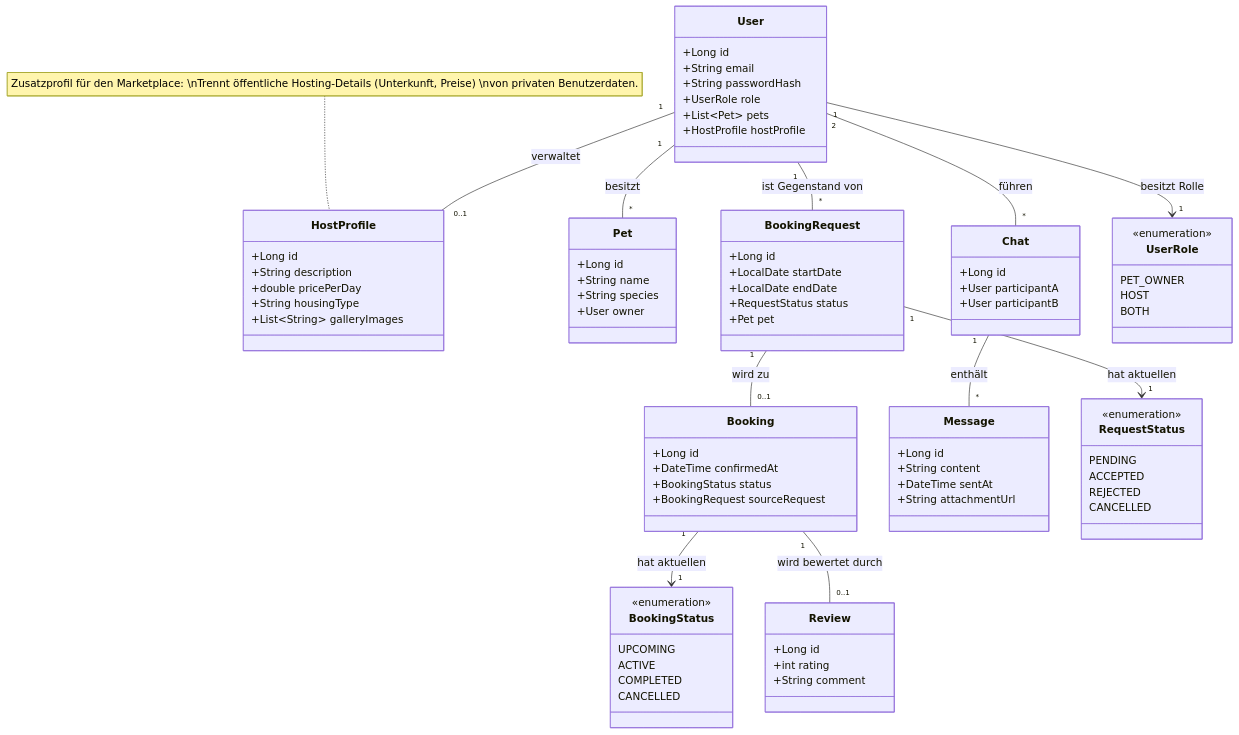
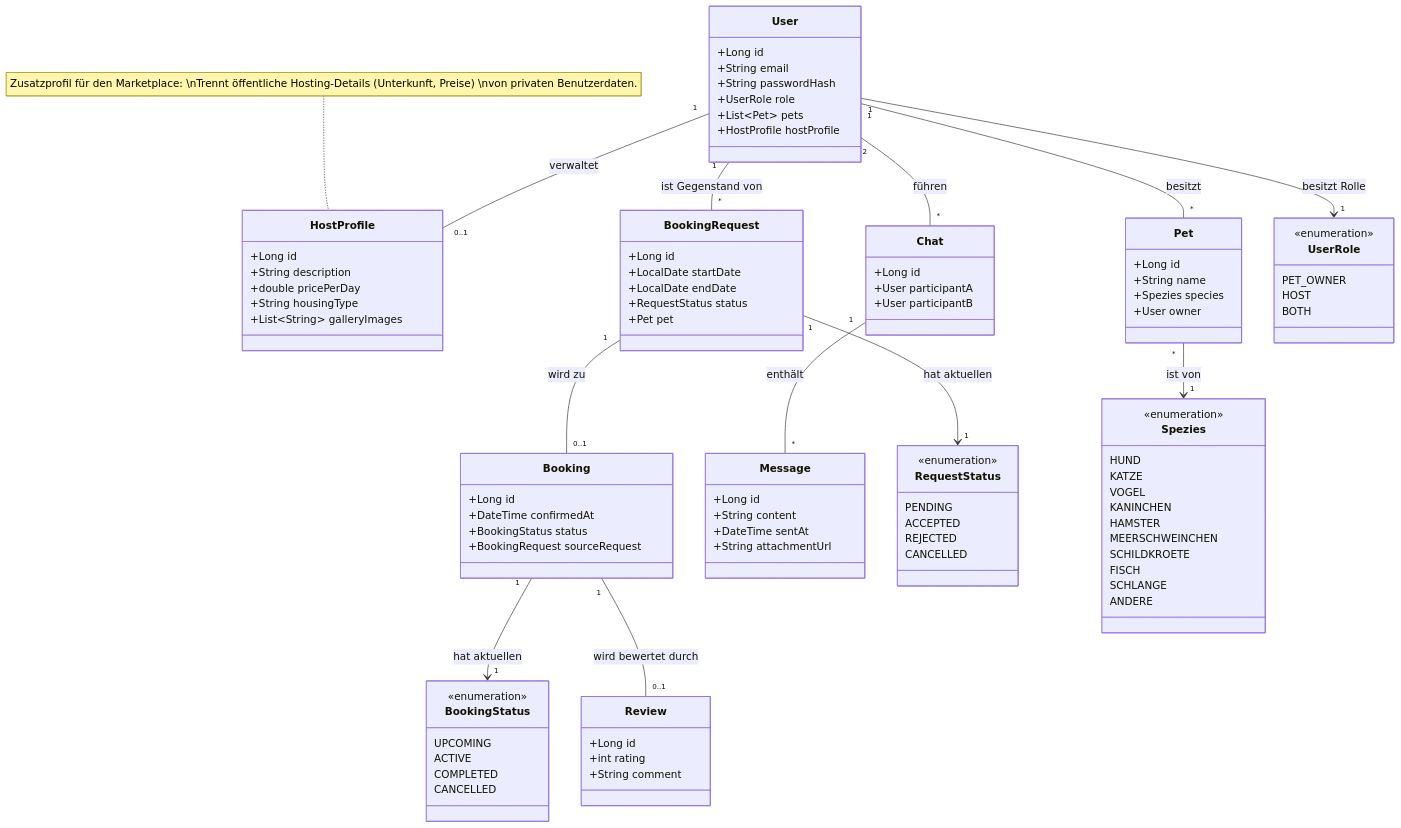
The diagram in orga/Klassendiagramm.md (Software-Engineering-Projekt-WI24A3/dhbw-pawsitters-se2), drawn with Mermaid before and after one commit. The commit also changed 1 other file, not shown here.

Commit message:
feat: introduce Spezies enumeration and update Pet model and class diagram accordingly

````diff
--- a/orga/Klassendiagramm.md
+++ b/orga/Klassendiagramm.md
@@ -23,7 +23,7 @@
     class Pet {
         +Long id
         +String name
-        +String species
+        +Spezies species
         +User owner
     }
 
@@ -84,6 +84,20 @@
         CANCELLED
     }
 
+    class Spezies {
+        <<enumeration>>
+        HUND
+        KATZE
+        VOGEL
+        KANINCHEN
+        HAMSTER
+        MEERSCHWEINCHEN
+        SCHILDKROETE
+        FISCH
+        SCHLANGE
+        ANDERE
+    }
+
     %% Verknüpfungen (Beziehungen)
     User "1" --> "1" UserRole : besitzt Rolle
     User "1" -- "0..1" HostProfile : verwaltet
@@ -98,4 +112,5 @@
     Booking "1" -- "0..1" Review : wird bewertet durch
     
     Chat "1" -- "*" Message : enthält
+    Pet "*" --> "1" Spezies : ist von
 ```
````
